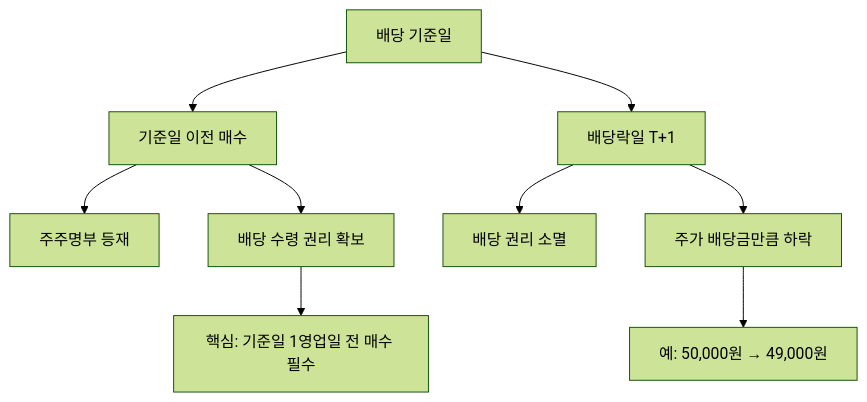
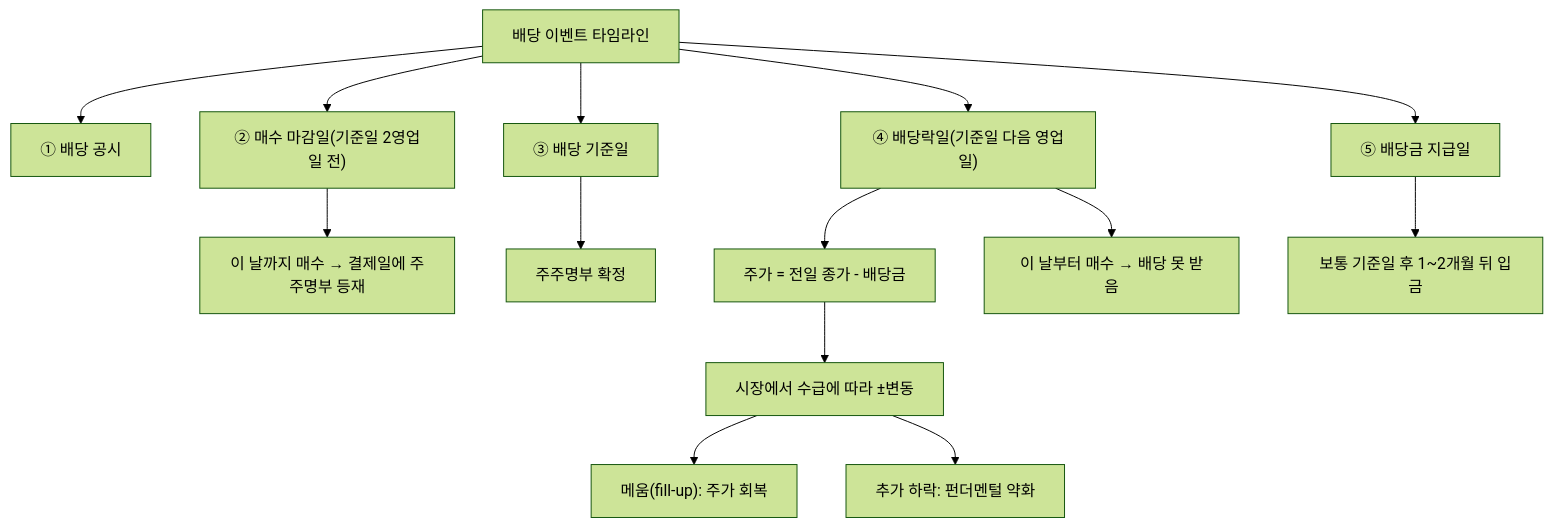
The diagram in content/stock-terms/ko/level-06-events/ex-dividend.md (yeongseon/stock-visual-note), drawn with Mermaid (forest theme) before and after one commit. The commit also changed other lines of this file, not shown here.

Commit message:
content: rewrite ex-dividend.md — 타임라인 13노드 Mermaid, T+2 결제 시나리오, 메움 전략 확장

````diff
--- a/content/stock-terms/ko/level-06-events/ex-dividend.md
+++ b/content/stock-terms/ko/level-06-events/ex-dividend.md
@@ -39,12 +45,17 @@
 ```mermaid
 graph TD
-    A["배당 기준일"]
-    A --> B["기준일 이전 매수"]
-    A --> C["배당락일 T+1"]
-    B --> B1["주주명부 등재"]
-    B --> B2["배당 수령 권리 확보"]
-    C --> C1["배당 권리 소멸"]
-    C --> C2["주가 배당금만큼 하락"]
-    C2 --> D["예: 50,000원 → 49,000원"]
-    B2 --> E["핵심: 기준일 1영업일 전 매수 필수"]
+    A["배당 이벤트 타임라인"]
+    A --> B["① 배당 공시"]
+    A --> C["② 매수 마감일(기준일 2영업일 전)"]
+    A --> D["③ 배당 기준일"]
+    A --> E["④ 배당락일(기준일 다음 영업일)"]
+    A --> F["⑤ 배당금 지급일"]
+    C --> C1["이 날까지 매수 → 결제일에 주주명부 등재"]
+    D --> D1["주주명부 확정"]
+    E --> E1["주가 = 전일 종가 - 배당금"]
+    E --> E2["이 날부터 매수 → 배당 못 받음"]
+    F --> F1["보통 기준일 후 1~2개월 뒤 입금"]
+    E1 --> G["시장에서 수급에 따라 ±변동"]
+    G --> G1["메움(fill-up): 주가 회복"]
+    G --> G2["추가 하락: 펀더멘털 약화"]
 ```
````
